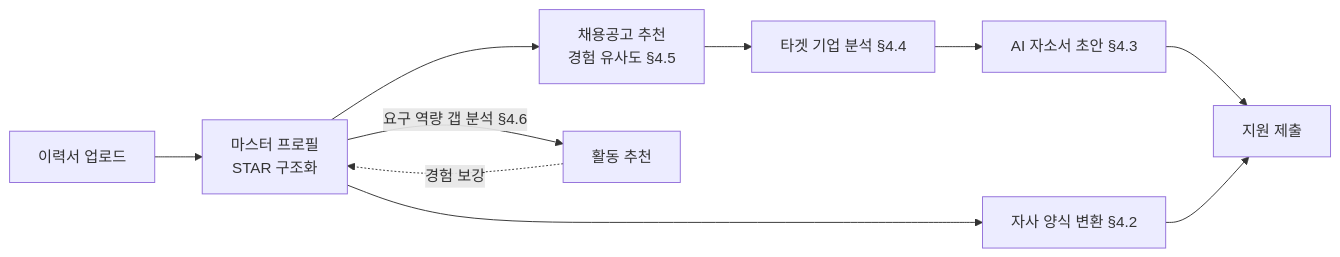
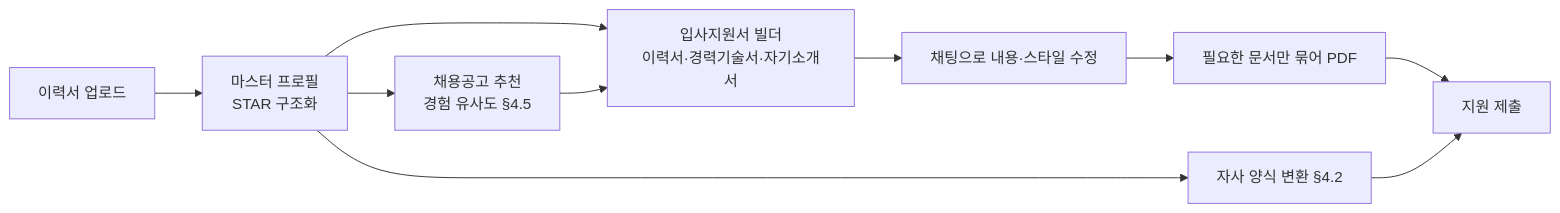
Before and after one commit to kimtaejin3/one-form: the second of 3 diagrams in docs/IA.md, drawn with Mermaid. The commit also changed other lines of this file and 13 other files, not shown here.

````diff
--- a/docs/IA.md
+++ b/docs/IA.md
@@ -24,12 +23,12 @@
 ```mermaid
 flowchart LR
     U["이력서 업로드"] --> M["마스터 프로필<br/>STAR 구조화"]
+    M --> B["입사지원서 빌더<br/>이력서·경력기술서·자기소개서"]
+    B --> C["채팅으로 내용·스타일 수정"]
+    C --> P["필요한 문서만 묶어 PDF"]
+    P --> S["지원 제출"]
     M --> J["채용공고 추천<br/>경험 유사도 §4.5"]
-    J --> A["타겟 기업 분석 §4.4"]
-    A --> D["AI 자소서 초안 §4.3"]
+    J --> B
     M --> F["자사 양식 변환 §4.2"]
-    D --> S["지원 제출"]
     F --> S
-    M -->|"요구 역량 갭 분석 §4.6"| R["활동 추천"]
-    R -.->|"경험 보강"| M
 ```
````
